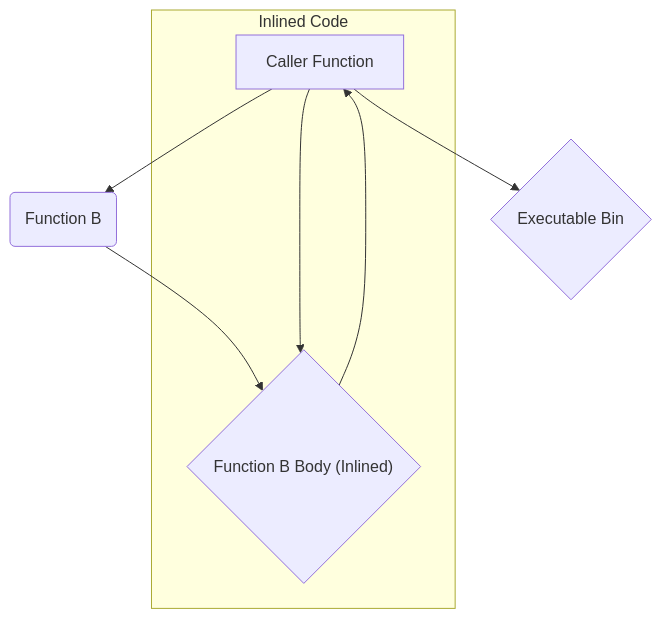
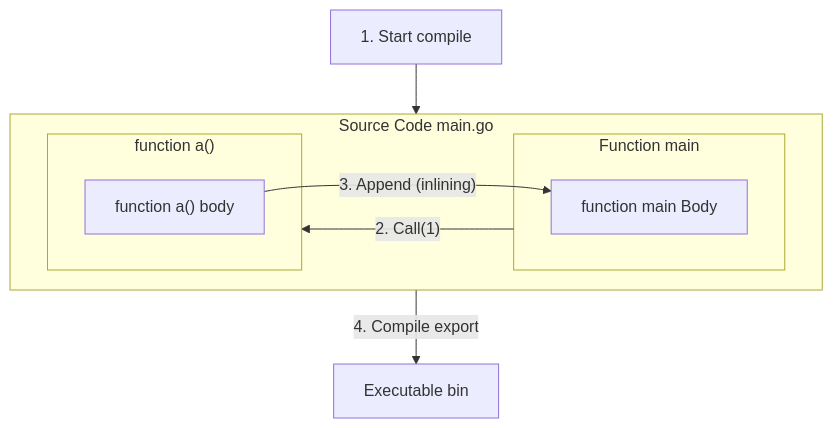
The diagram in clqtd44vx000808jxc56y5apo.md (lyluongthien/thediligentengineer.com-backup), drawn with Mermaid before and after one commit.

Commit message:
update post: Inlining in Go

````diff
--- a/clqtd44vx000808jxc56y5apo.md
+++ b/clqtd44vx000808jxc56y5apo.md
@@ -35,11 +35,23 @@
 ```mermaid
-graph TD
-    A[Caller Function] --> B(Function B)
-    B --> C{Function B Body}
-    C --> A{Merge B Body into A}
-    A --> E{Executable Bin}
+flowchart TB
 
-subgraph Inlined Code
-    A[Caller Function] --> C{"Function B Body (Inlined)"}
-end
+    X[1. Start compile]
+    X-->SC
+    F[Executable bin] 
+
+    subgraph SC[Source Code main.go]
+        
+        subgraph A[Function main]
+            D[function main Body]
+        end  
+
+        subgraph B["function a()"]
+            C["function a() body"]
+        end 
+        A--2. Call(1) -->B
+        C--3. Append (inlining)-->D
+       
+    end
+     SC--4. Compile export --> F
+
 ```
````
